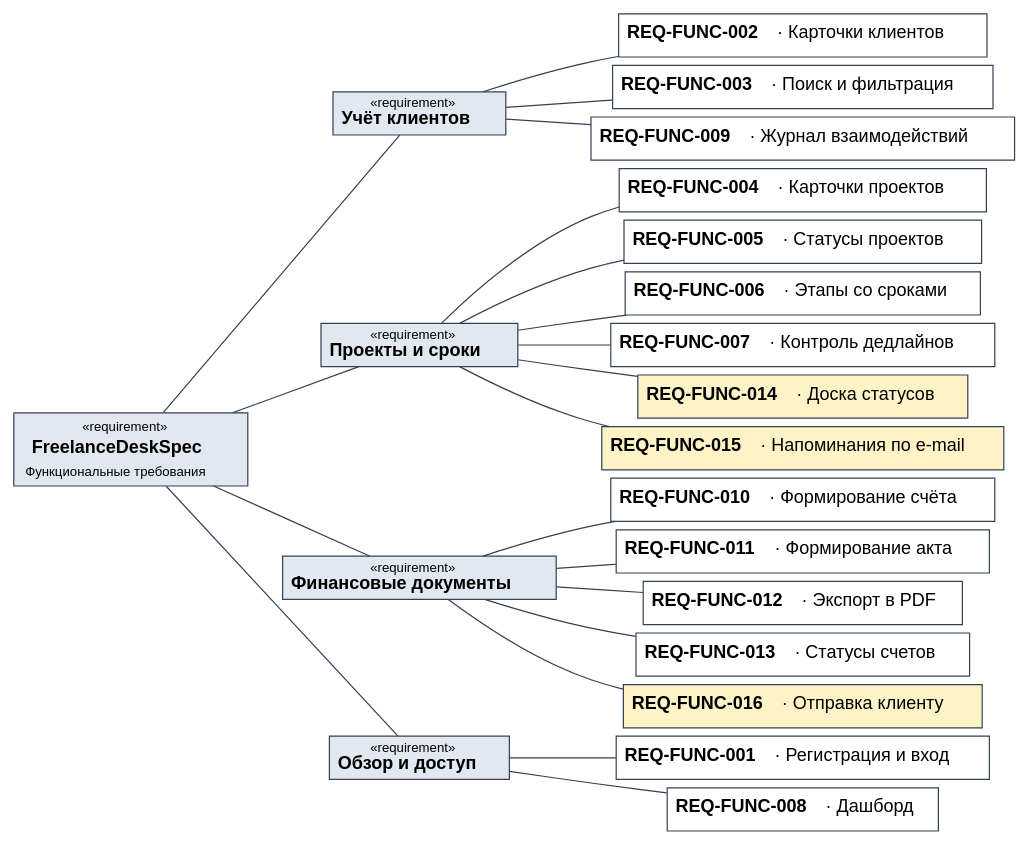
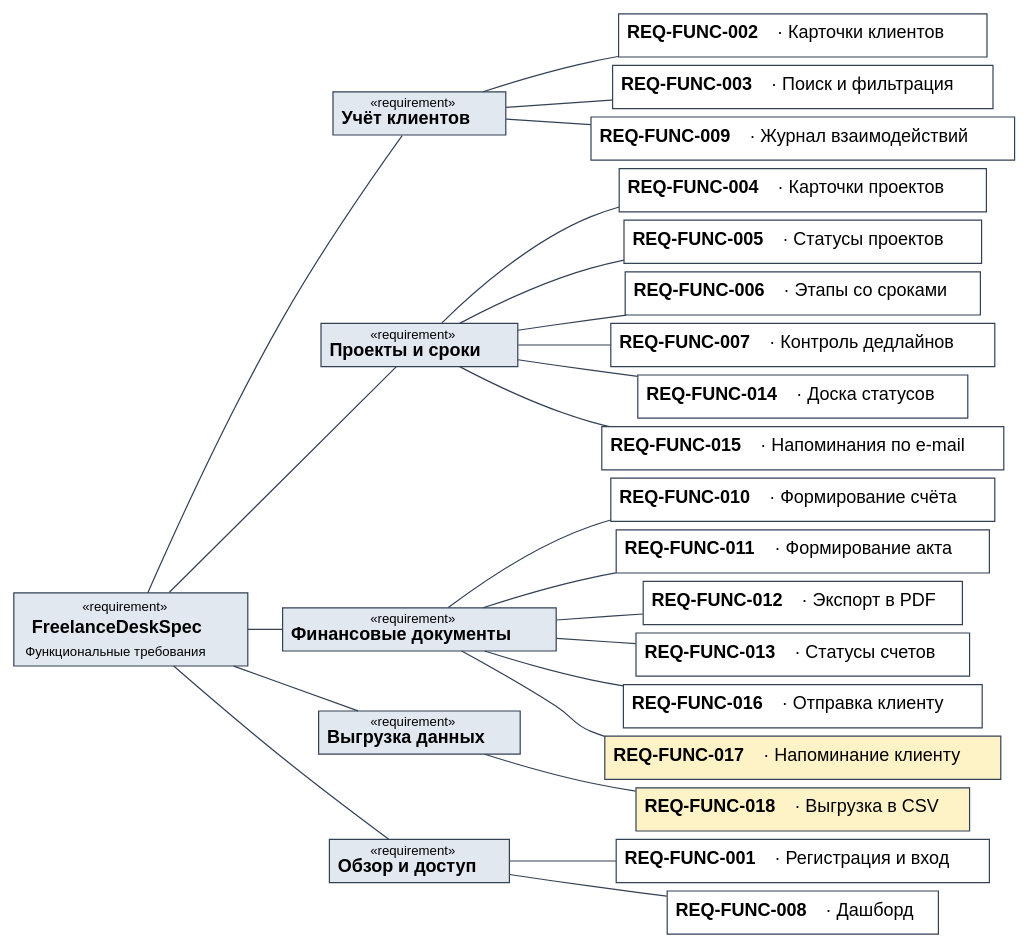
One commit to vval56/SDLC changed the diagram in srs/sysml/functional.dot. Above: the diagram before and after it, drawn with Graphviz. The commit also changed 5 other files, not shown here.

```diff
--- a/srs/sysml/functional.dot
+++ b/srs/sysml/functional.dot
@@ -1,33 +1,36 @@
 digraph G {
   rankdir=LR; nodesep=0.1; ranksep=0.4; 
   node [shape=box, fontname="Helvetica", fontsize=15, style=filled, fillcolor=white, color="#334155", margin="0.10,0.06"];
   edge [color="#334155", arrowhead=none];
   root [label=<<table border="0" cellborder="0" cellspacing="0"><tr><td><font point-size="11">«requirement»</font></td></tr><tr><td><b>FreelanceDeskSpec</b></td></tr><tr><td><font point-size="11">Функциональные требования</font></td></tr></table>>, fillcolor="#e2e8f0"];
   
   g1 [label=<<font point-size="11">«requirement»</font><br/><b>Учёт клиентов</b>>, fillcolor="#e2e8f0"];
   g2 [label=<<font point-size="11">«requirement»</font><br/><b>Проекты и сроки</b>>, fillcolor="#e2e8f0"];
   g3 [label=<<font point-size="11">«requirement»</font><br/><b>Финансовые документы</b>>, fillcolor="#e2e8f0"];
+  g5 [label=<<font point-size="11">«requirement»</font><br/><b>Выгрузка данных</b>>, fillcolor="#e2e8f0"];
   g4 [label=<<font point-size="11">«requirement»</font><br/><b>Обзор и доступ</b>>, fillcolor="#e2e8f0"];
-  root -> g1; root -> g2; root -> g3; root -> g4;
+  root -> g1; root -> g2; root -> g3; root -> g4; root -> g5;
   
   r2  [label=<<b>REQ-FUNC-002</b> · Карточки клиентов>];
   r3  [label=<<b>REQ-FUNC-003</b> · Поиск и фильтрация>];
   r9  [label=<<b>REQ-FUNC-009</b> · Журнал взаимодействий>];
   r4  [label=<<b>REQ-FUNC-004</b> · Карточки проектов>];
   r5  [label=<<b>REQ-FUNC-005</b> · Статусы проектов>];
   r6  [label=<<b>REQ-FUNC-006</b> · Этапы со сроками>];
   r7  [label=<<b>REQ-FUNC-007</b> · Контроль дедлайнов>];
-  r14 [label=<<b>REQ-FUNC-014</b> · Доска статусов>, fillcolor="#fef3c7"];
-  r15 [label=<<b>REQ-FUNC-015</b> · Напоминания по e-mail>, fillcolor="#fef3c7"];
+  r14 [label=<<b>REQ-FUNC-014</b> · Доска статусов>];
+  r15 [label=<<b>REQ-FUNC-015</b> · Напоминания по e-mail>];
   r10 [label=<<b>REQ-FUNC-010</b> · Формирование счёта>];
   r11 [label=<<b>REQ-FUNC-011</b> · Формирование акта>];
   r12 [label=<<b>REQ-FUNC-012</b> · Экспорт в PDF>];
   r13 [label=<<b>REQ-FUNC-013</b> · Статусы счетов>];
-  r16 [label=<<b>REQ-FUNC-016</b> · Отправка клиенту>, fillcolor="#fef3c7"];
+  r16 [label=<<b>REQ-FUNC-016</b> · Отправка клиенту>];
+  r17 [label=<<b>REQ-FUNC-017</b> · Напоминание клиенту>, fillcolor="#fef3c7"];
+  r18 [label=<<b>REQ-FUNC-018</b> · Выгрузка в CSV>, fillcolor="#fef3c7"];
   r1  [label=<<b>REQ-FUNC-001</b> · Регистрация и вход>];
   r8  [label=<<b>REQ-FUNC-008</b> · Дашборд>];
   g1 -> r2; g1 -> r3; g1 -> r9;
   g2 -> r4; g2 -> r5; g2 -> r6; g2 -> r7; g2 -> r14; g2 -> r15;
-  g3 -> r10; g3 -> r11; g3 -> r12; g3 -> r13; g3 -> r16;
+  g3 -> r10; g3 -> r11; g3 -> r12; g3 -> r13; g3 -> r16; g3 -> r17; g5 -> r18;
   g4 -> r1; g4 -> r8;
 }
```
